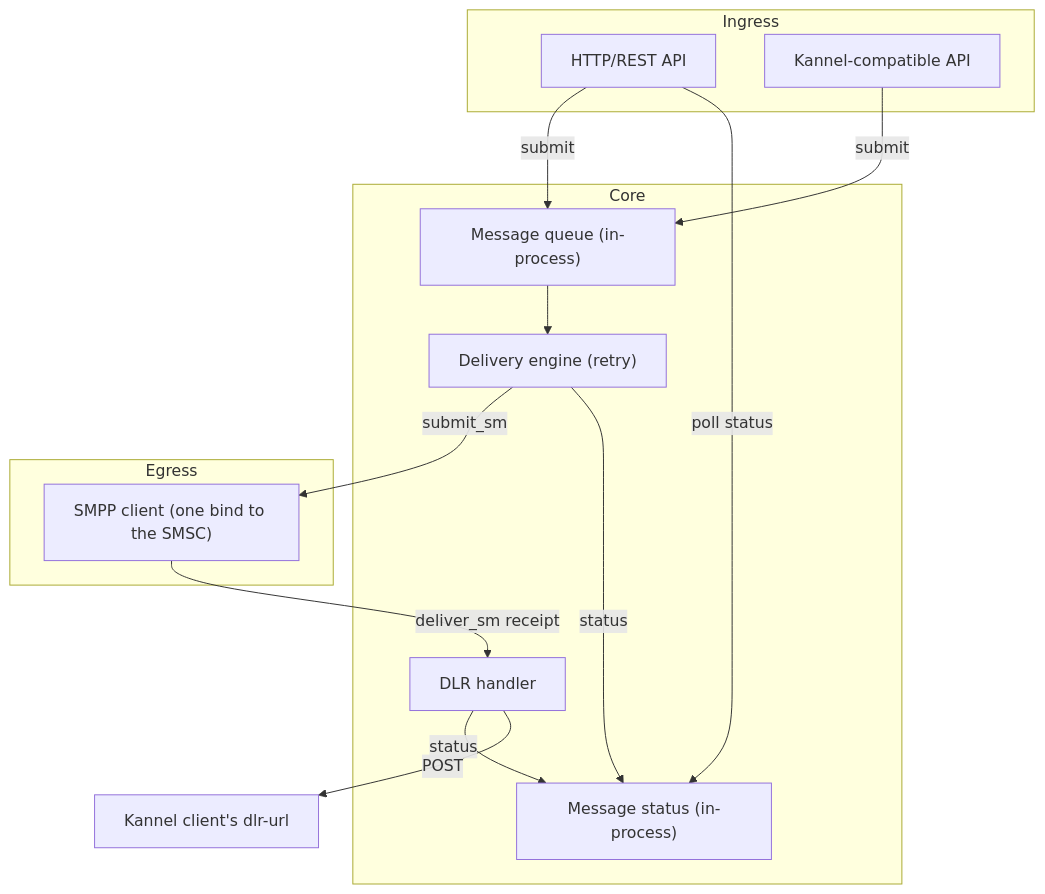
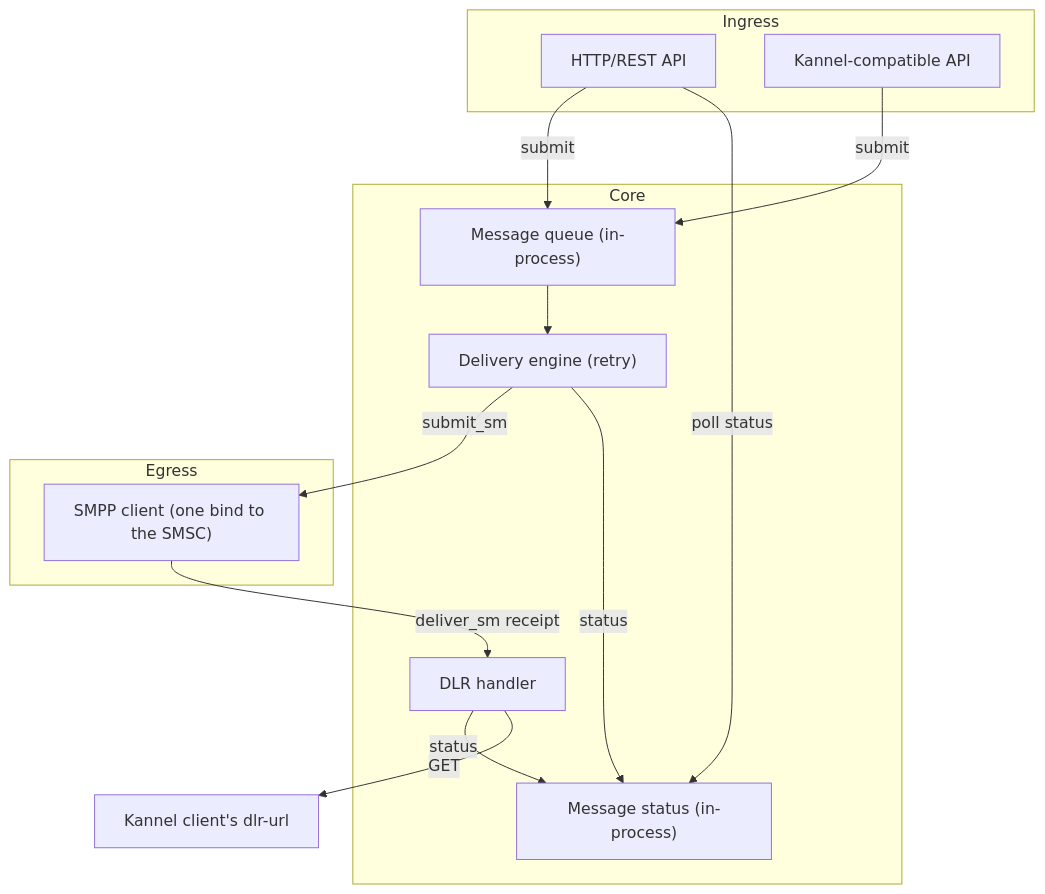
The diagram in docs/user-manual/introduction.adoc (codcod/porth), drawn with Mermaid before and after one commit. The commit also changed 11 other files, not shown here.

First line of the commit message:
feat(dlr): correlate delivery receipts and call Kannel dlr-url (POR-002)

```diff
--- a/docs/user-manual/introduction.adoc
+++ b/docs/user-manual/introduction.adoc
@@ -35,27 +35,27 @@
 [mermaid]
 ....
 flowchart TB
     subgraph Ingress
         HTTP_API["HTTP/REST API"]
         Kannel_API["Kannel-compatible API"]
     end
     subgraph Core
         Queue["Message queue (in-process)"]
         Delivery["Delivery engine (retry)"]
         Store["Message status (in-process)"]
         DLR["DLR handler"]
     end
     subgraph Egress
         SMPP_Client["SMPP client (one bind to the SMSC)"]
     end
     KannelTarget["Kannel client's dlr-url"]
     HTTP_API -->|submit| Queue
     Kannel_API -->|submit| Queue
     Queue --> Delivery
     Delivery -->|submit_sm| SMPP_Client
     Delivery -->|status| Store
     SMPP_Client -->|deliver_sm receipt| DLR
     DLR -->|status| Store
-    DLR -->|POST| KannelTarget
+    DLR -->|GET| KannelTarget
     HTTP_API -->|poll status| Store
 ....
```
